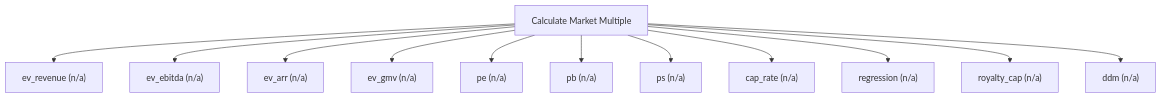
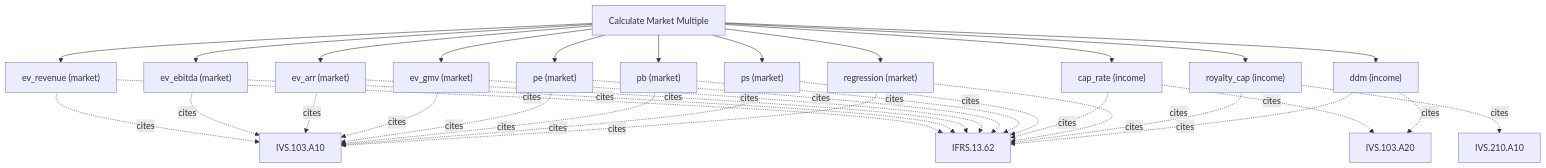
Before and after one commit to simonmak-ascent/fair-value: the diagram in docs/methods/calculate_market_multiple.md, drawn with Mermaid. The commit also changed other lines of this file and 18 other files, not shown here.

````diff
--- a/docs/methods/calculate_market_multiple.md
+++ b/docs/methods/calculate_market_multiple.md
@@ -5,15 +5,37 @@
 ```mermaid
 flowchart TD
   T[Calculate Market Multiple]
-  T --> calculate_market_multiple_ev_revenue["ev_revenue (n/a)"]
-  T --> calculate_market_multiple_ev_ebitda["ev_ebitda (n/a)"]
-  T --> calculate_market_multiple_ev_arr["ev_arr (n/a)"]
-  T --> calculate_market_multiple_ev_gmv["ev_gmv (n/a)"]
-  T --> calculate_market_multiple_pe["pe (n/a)"]
-  T --> calculate_market_multiple_pb["pb (n/a)"]
-  T --> calculate_market_multiple_ps["ps (n/a)"]
-  T --> calculate_market_multiple_cap_rate["cap_rate (n/a)"]
-  T --> calculate_market_multiple_regression["regression (n/a)"]
-  T --> calculate_market_multiple_royalty_cap["royalty_cap (n/a)"]
-  T --> calculate_market_multiple_ddm["ddm (n/a)"]
+  T --> calculate_market_multiple_ev_revenue["ev_revenue (market)"]
+  calculate_market_multiple_ev_revenue -. cites .-> IVS_103_A10[IVS.103.A10]
+  calculate_market_multiple_ev_revenue -. cites .-> IFRS_13_62[IFRS.13.62]
+  T --> calculate_market_multiple_ev_ebitda["ev_ebitda (market)"]
+  calculate_market_multiple_ev_ebitda -. cites .-> IVS_103_A10[IVS.103.A10]
+  calculate_market_multiple_ev_ebitda -. cites .-> IFRS_13_62[IFRS.13.62]
+  T --> calculate_market_multiple_ev_arr["ev_arr (market)"]
+  calculate_market_multiple_ev_arr -. cites .-> IVS_103_A10[IVS.103.A10]
+  calculate_market_multiple_ev_arr -. cites .-> IFRS_13_62[IFRS.13.62]
+  T --> calculate_market_multiple_ev_gmv["ev_gmv (market)"]
+  calculate_market_multiple_ev_gmv -. cites .-> IVS_103_A10[IVS.103.A10]
+  calculate_market_multiple_ev_gmv -. cites .-> IFRS_13_62[IFRS.13.62]
+  T --> calculate_market_multiple_pe["pe (market)"]
+  calculate_market_multiple_pe -. cites .-> IVS_103_A10[IVS.103.A10]
+  calculate_market_multiple_pe -. cites .-> IFRS_13_62[IFRS.13.62]
+  T --> calculate_market_multiple_pb["pb (market)"]
+  calculate_market_multiple_pb -. cites .-> IVS_103_A10[IVS.103.A10]
+  calculate_market_multiple_pb -. cites .-> IFRS_13_62[IFRS.13.62]
+  T --> calculate_market_multiple_ps["ps (market)"]
+  calculate_market_multiple_ps -. cites .-> IVS_103_A10[IVS.103.A10]
+  calculate_market_multiple_ps -. cites .-> IFRS_13_62[IFRS.13.62]
+  T --> calculate_market_multiple_cap_rate["cap_rate (income)"]
+  calculate_market_multiple_cap_rate -. cites .-> IVS_103_A20[IVS.103.A20]
+  calculate_market_multiple_cap_rate -. cites .-> IFRS_13_62[IFRS.13.62]
+  T --> calculate_market_multiple_regression["regression (market)"]
+  calculate_market_multiple_regression -. cites .-> IVS_103_A10[IVS.103.A10]
+  calculate_market_multiple_regression -. cites .-> IFRS_13_62[IFRS.13.62]
+  T --> calculate_market_multiple_royalty_cap["royalty_cap (income)"]
+  calculate_market_multiple_royalty_cap -. cites .-> IVS_210_A10[IVS.210.A10]
+  calculate_market_multiple_royalty_cap -. cites .-> IFRS_13_62[IFRS.13.62]
+  T --> calculate_market_multiple_ddm["ddm (income)"]
+  calculate_market_multiple_ddm -. cites .-> IVS_103_A20[IVS.103.A20]
+  calculate_market_multiple_ddm -. cites .-> IFRS_13_62[IFRS.13.62]
 ```
````
